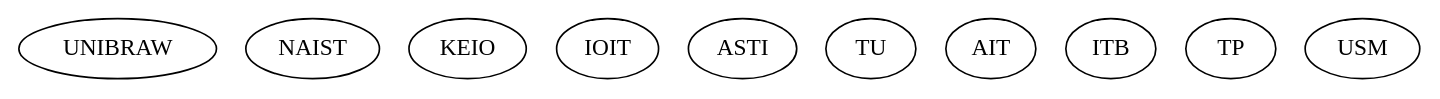
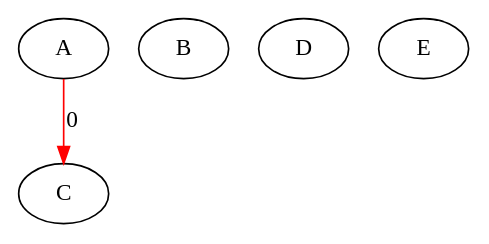
One commit to Hebbe1234/ExpectAll changed the diagram in src/assignedGraphs/assigned.dot. Above: the diagram before and after it, drawn with Graphviz. The commit also changed 4 other files, not shown here.

```diff
--- a/src/assignedGraphs/assigned.dot
+++ b/src/assignedGraphs/assigned.dot
@@ -1,12 +1,8 @@
-digraph  {
-0 [Internal=1, id=0, label=UNIBRAW];
-1 [Internal=1, id=1, label=NAIST];
-2 [Internal=1, id=2, label=KEIO];
-3 [Internal=1, id=3, label=IOIT];
-4 [Internal=1, id=4, label=ASTI];
-5 [Internal=1, id=5, label=TU];
-6 [Internal=1, id=6, label=AIT];
-7 [Internal=1, id=7, label=ITB];
-8 [Internal=1, id=8, label=TP];
-9 [Internal=1, id=9, label=USM];
+digraph "G" {
+A [id=0];
+B [id=1];
+C [id=2];
+D [id=3];
+E [id=4];
+A -> C  [color=red, key=0, label=0];
 }
```
